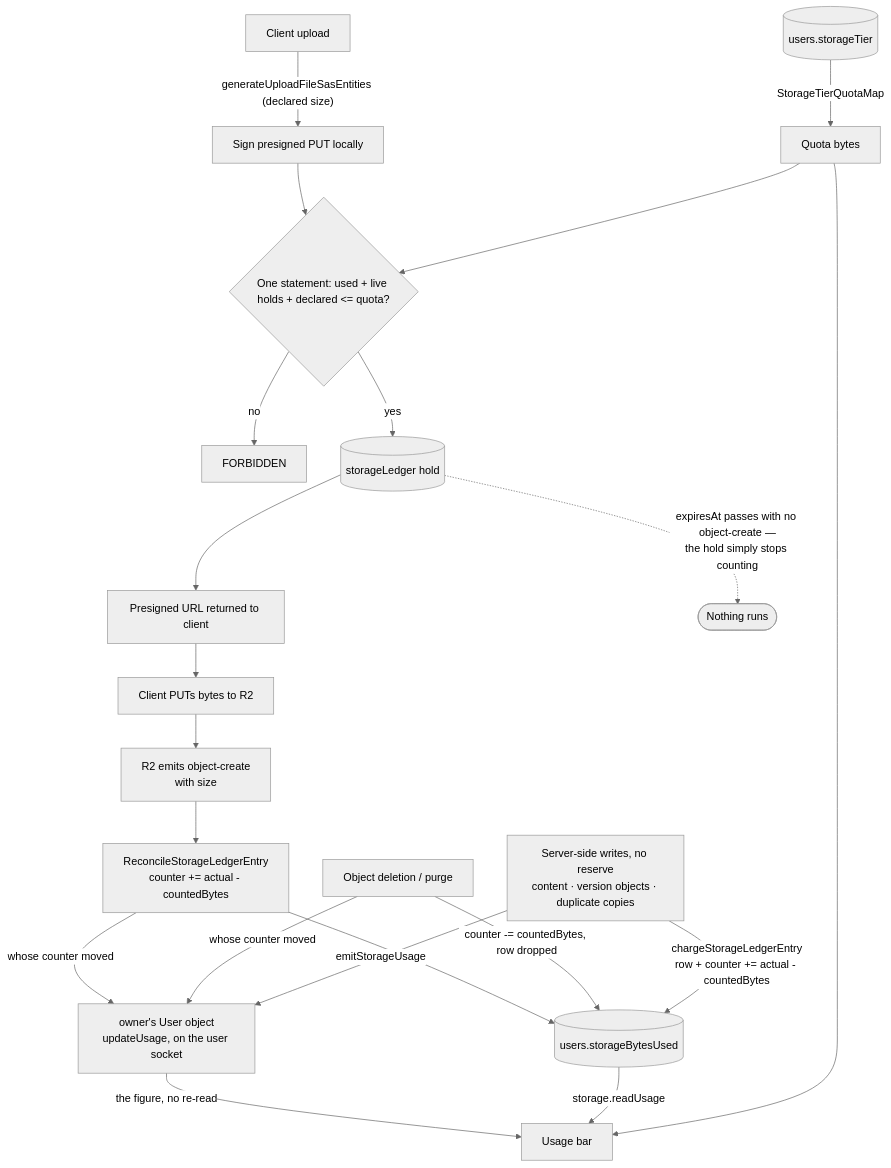
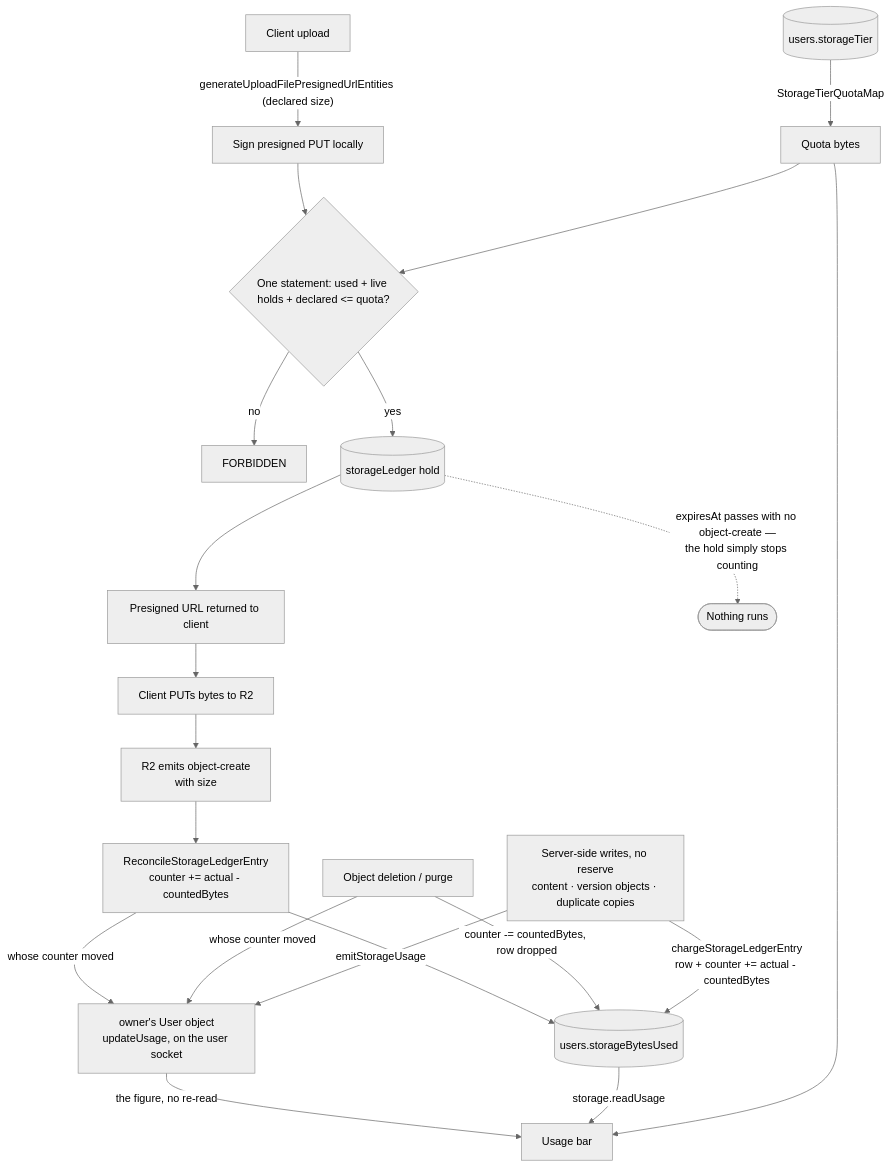
One commit to Esposter/Esposter changed the diagram in openspec/specs/resource/storage-quotas/design.md. Above: the diagram before and after it, drawn with Mermaid (neutral theme). The commit also changed other lines of this file and 130 other files, not shown here.

First line of the commit message:
refactor(storage): Azure's SAS names become presigned url names

````diff
--- a/openspec/specs/resource/storage-quotas/design.md
+++ b/openspec/specs/resource/storage-quotas/design.md
@@ -18,23 +18,23 @@
 ```mermaid
 flowchart TD
-  client[Client upload] -->|"generateUploadFileSasEntities (declared size)"| sign[Sign presigned PUT locally]
+  client[Client upload] -->|"generateUploadFilePresignedUrlEntities (declared size)"| sign[Sign presigned PUT locally]
   sign --> reserve{"One statement: used + live holds + declared &lt;= quota?"}
   reserve -->|no| reject["FORBIDDEN"]
   reserve -->|yes| ledger[("storageLedger hold")]
   ledger --> respond[Presigned URL returned to client]
   respond --> put[Client PUTs bytes to R2]
   put --> created["R2 emits object-create<br/>with size"]
   created --> reconcile["ReconcileStorageLedgerEntry<br/>counter += actual - countedBytes"]
   reconcile --> counter[("users.storageBytesUsed")]
   del["Object deletion / purge"] -->|"counter -= countedBytes, row dropped"| counter
   save["Server-side writes, no reserve<br/>content · version objects · duplicate copies"] -->|"chargeStorageLedgerEntry<br/>row + counter += actual - countedBytes"| counter
   ledger -.->|"expiresAt passes with no object-create —<br/>the hold simply stops counting"| gone(["Nothing runs"])
   reconcile -->|"whose counter moved"| uo["owner's User object<br/>updateUsage, on the user socket"]
   del -->|"whose counter moved"| uo
   save -->|"emitStorageUsage"| uo
   uo -->|"the figure, no re-read"| ui
   counter -->|storage.readUsage| ui["Usage bar"]
   tier[("users.storageTier")] -->|StorageTierQuotaMap| quota[Quota bytes]
   quota --> reserve
   quota --> ui
 ```
````
